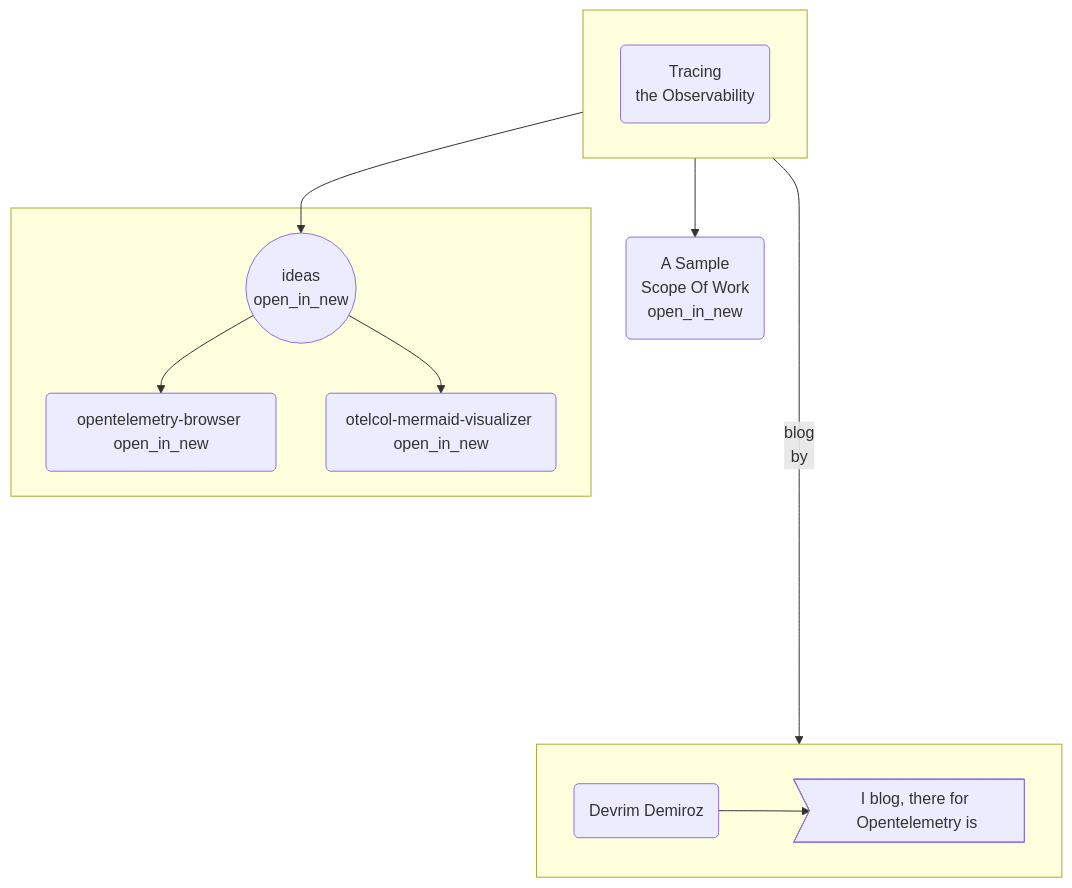
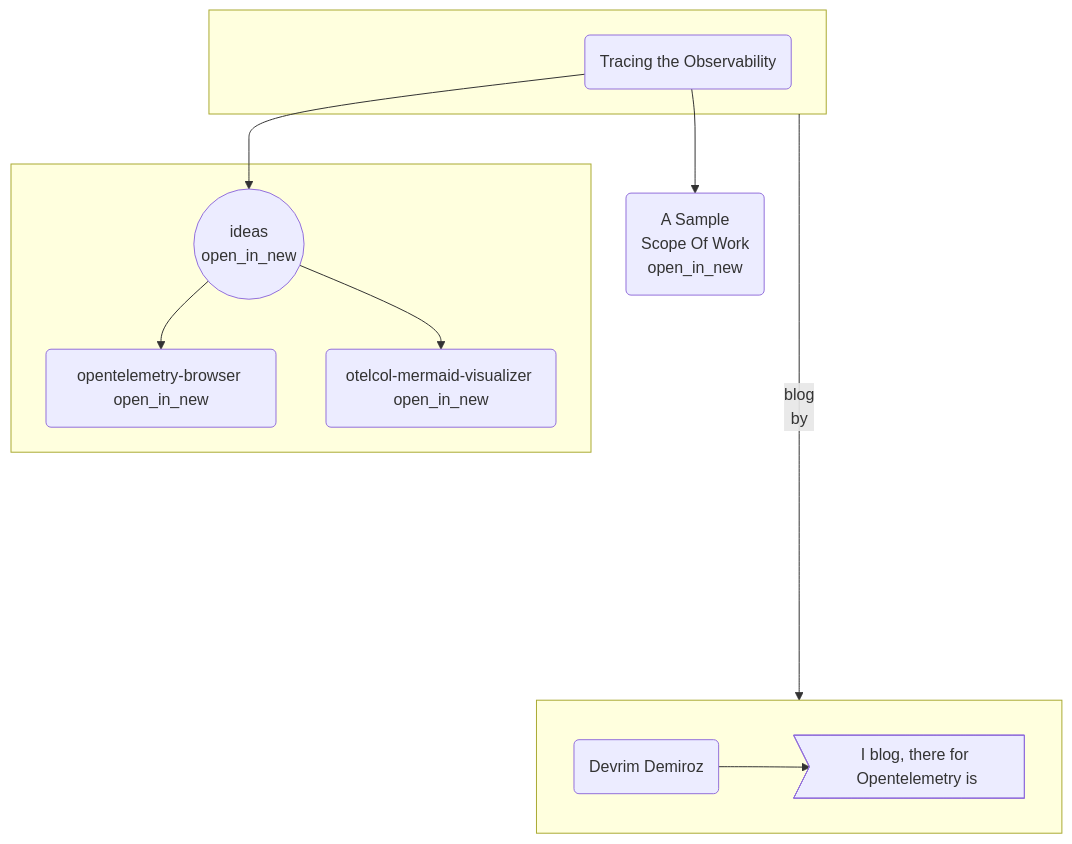
Before and after one commit to devrimdemiroz/devrimdemiroz.github.io: the diagram in docs/README.md, drawn with Mermaid. The commit also changed 1 other file, not shown here.

Commit message:
otelcol visual updates

````diff
--- a/docs/README.md
+++ b/docs/README.md
@@ -5,35 +5,35 @@
 ```mermaid
 flowchart TD
 
     direction LR
     
     subgraph blog[" "]
-     direction LR
-        TtO(Tracing <br/> the Observability)
+     
+        TtO(Tracing the Observability)
     end
         
     
 
     blog ------->|blog <br/> by| by        
     
     subgraph s_ideas [" "]
 
         ideas(("ideas <br/> <span class='material-icons'>open_in_new</span>")) --> 
         opentelemetry-browser("opentelemetry-browser <span class='material-icons'>open_in_new</span>") & otelcol-mermaid-visualizer(otelcol-mermaid-visualizer <span class='material-icons'>open_in_new</span> )
     end
          
      subgraph by[" "]
             DD(Devrim Demiroz)
             DD-->Descartes>I blog, there for Opentelemetry is]
      end
          
    TtO -->ideas & sow(A Sample <br/> Scope Of Work <br/><span class='material-icons'>open_in_new</span>)
    click sow "/#/ScopeOfWork";     
    click ideas "/#/Ideas";     
    click opentelemetry-browser "https://github.com/devrimdemiroz/opentelemetry-browser" "Open this in a new tab";     
    click otelcol-mermaid-visualizer "/#/ideas/otelcol-mermaid-visualizer";     
     
         
 
   
 ```
````
